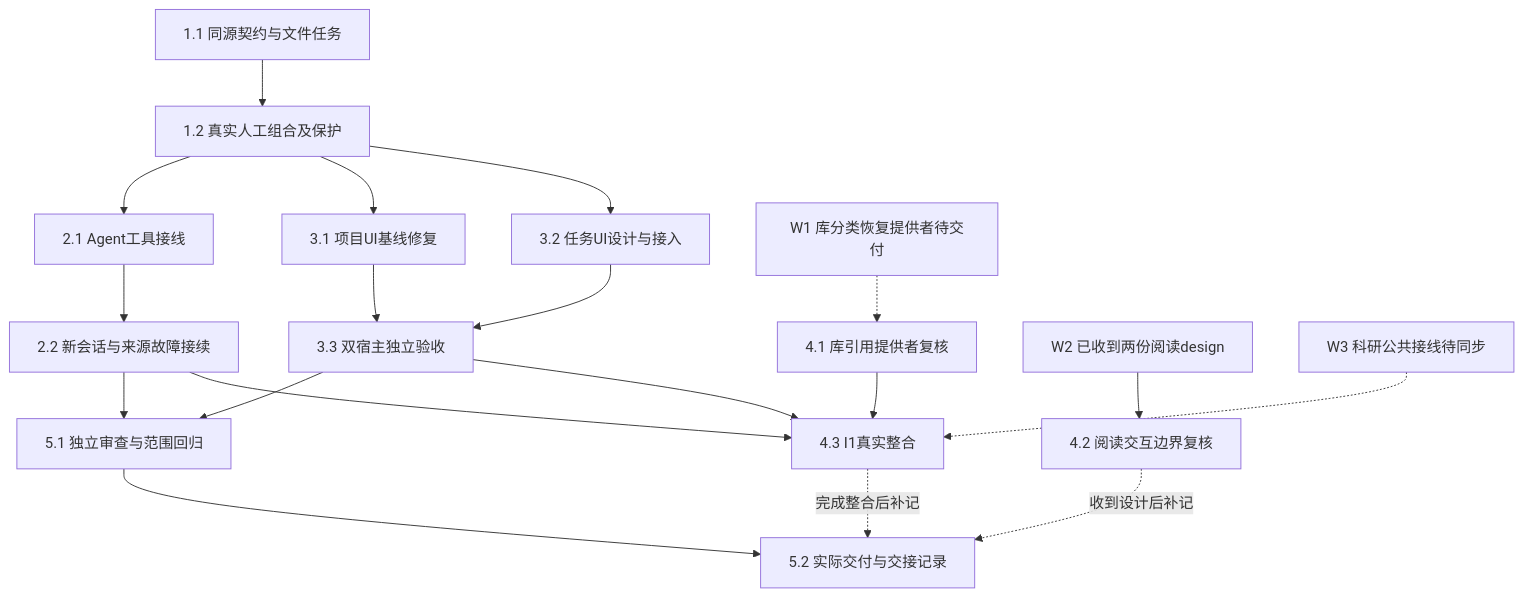
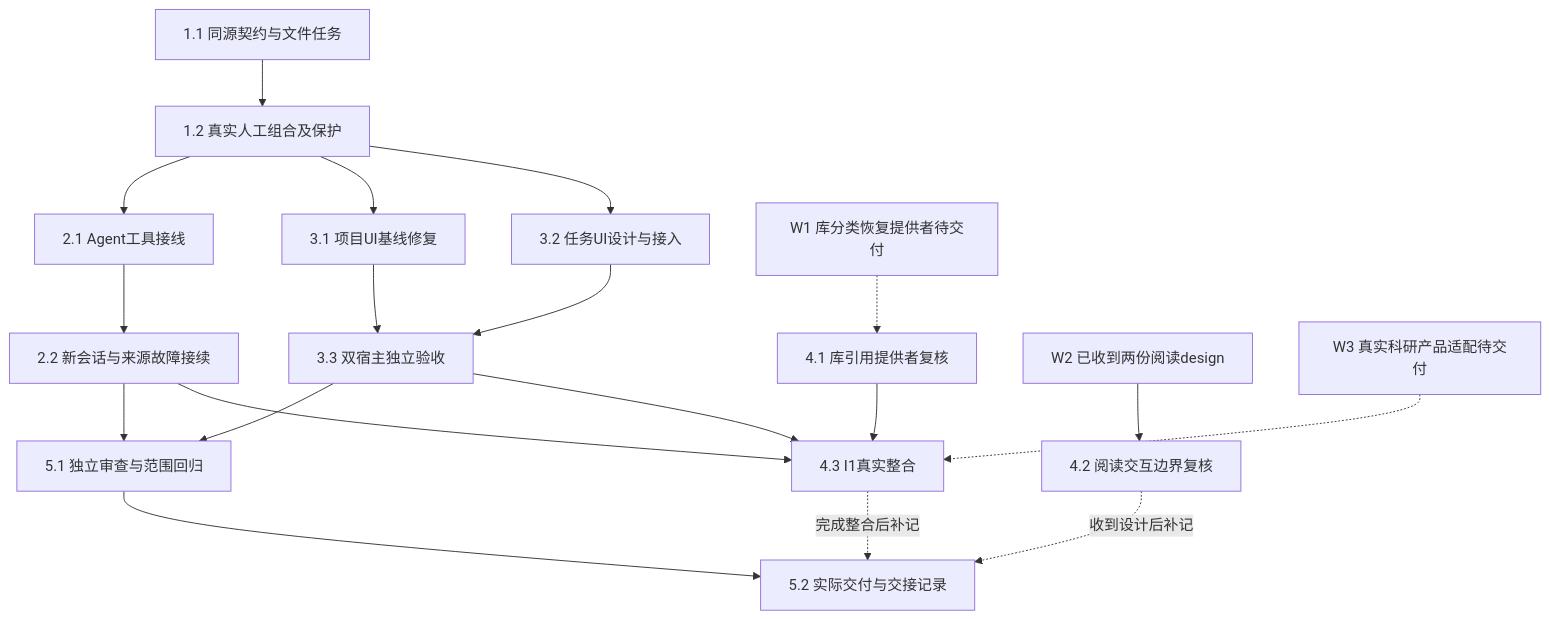
One commit to leike0813/Scholoom changed the diagram in openspec/changes/establish-file-backed-research-tasks/tasks.md. Above: the diagram before and after it, drawn with Mermaid. The commit also changed other lines of this file and 46 other files, not shown here.

````diff
--- a/openspec/changes/establish-file-backed-research-tasks/tasks.md
+++ b/openspec/changes/establish-file-backed-research-tasks/tasks.md
@@ -5,21 +5,21 @@
 ```mermaid
 flowchart TD
   A[1.1 同源契约与文件任务] --> B[1.2 真实人工组合及保护]
   B --> C[2.1 Agent工具接线]
   C --> D[2.2 新会话与来源故障接续]
   B --> E[3.1 项目UI基线修复]
   B --> F[3.2 任务UI设计与接入]
   E --> G[3.3 双宿主独立验收]
   F --> G
   D --> H[5.1 独立审查与范围回归]
   G --> H
   W1[W1 库分类恢复提供者待交付] -.-> I[4.1 库引用提供者复核]
   W2[W2 已收到两份阅读design] --> J[4.2 阅读交互边界复核]
-  W3[W3 科研公共接线待同步] -.-> K[4.3 I1真实整合]
+  W3[W3 真实科研产品适配待交付] -.-> K[4.3 I1真实整合]
   I --> K
   D --> K
   G --> K
   H --> L[5.2 实际交付与交接记录]
   J -. 收到设计后补记 .-> L
   K -. 完成整合后补记 .-> L
 ```
````
